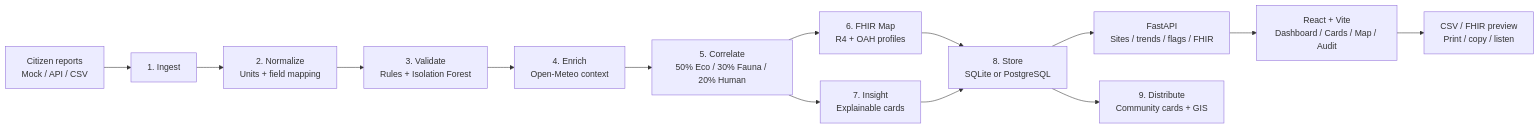
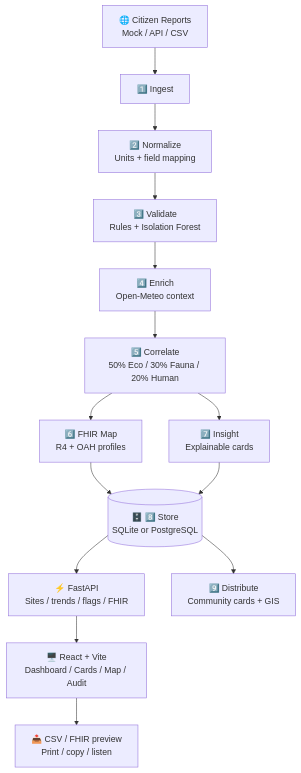
Before and after one commit to Shadhai/onehealth: the diagram in README.md, drawn with Mermaid. The commit also changed other lines of this file, not shown here.

````diff
--- a/README.md
+++ b/README.md
@@ -55,16 +146,16 @@
 ```mermaid
-flowchart LR
-   Sources["Citizen reports\nMock / API / CSV"] --> Ingest["1. Ingest"]
-   Ingest --> Normalize["2. Normalize\nUnits + field mapping"]
-   Normalize --> Validate["3. Validate\nRules + Isolation Forest"]
-   Validate --> Enrich["4. Enrich\nOpen-Meteo context"]
-   Enrich --> Correlate["5. Correlate\n50% Eco / 30% Fauna / 20% Human"]
-   Correlate --> FHIR["6. FHIR Map\nR4 + OAH profiles"]
-   Correlate --> Insight["7. Insight\nExplainable cards"]
-   FHIR --> Store["8. Store\nSQLite or PostgreSQL"]
-   Insight --> Store
-   Store --> API["FastAPI\nSites / trends / flags / FHIR"]
-   API --> UI["React + Vite\nDashboard / Cards / Map / Audit"]
-   UI --> Actions["CSV / FHIR preview\nPrint / copy / listen"]
-   Store --> Distribute["9. Distribute\nCommunity cards + GIS"]
+graph TD
+    Sources["🌐 Citizen Reports\nMock / API / CSV"] --> Ingest["1️⃣ Ingest"]
+    Ingest --> Normalize["2️⃣ Normalize\nUnits + field mapping"]
+    Normalize --> Validate["3️⃣ Validate\nRules + Isolation Forest"]
+    Validate --> Enrich["4️⃣ Enrich\nOpen-Meteo context"]
+    Enrich --> Correlate["5️⃣ Correlate\n50% Eco / 30% Fauna / 20% Human"]
+    Correlate --> FHIR["6️⃣ FHIR Map\nR4 + OAH profiles"]
+    Correlate --> Insight["7️⃣ Insight\nExplainable cards"]
+    FHIR --> Store[("🗄️ 8️⃣ Store\nSQLite or PostgreSQL")]
+    Insight --> Store
+    Store --> API["⚡ FastAPI\nSites / trends / flags / FHIR"]
+    API --> UI["🖥️ React + Vite\nDashboard / Cards / Map / Audit"]
+    UI --> Actions["📤 CSV / FHIR preview\nPrint / copy / listen"]
+    Store --> Distribute["9️⃣ Distribute\nCommunity cards + GIS"]
 ```
````
